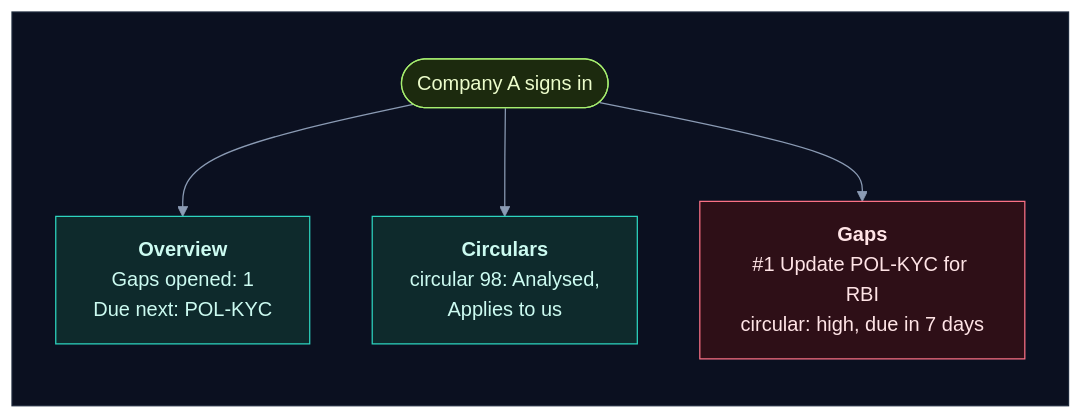
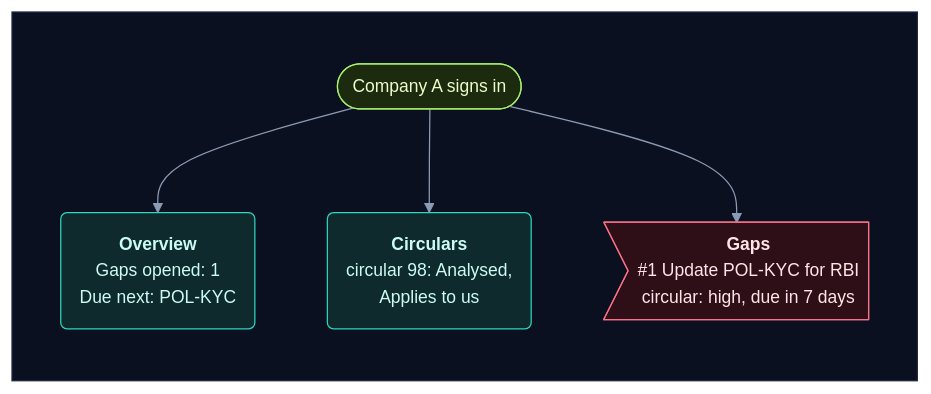
Diagram 15 of 57 in how_it_works.md (selvakumarperumal/Regulatory_Circular_Impact_Agent), drawn with Mermaid before and after one commit. The commit also changed other lines of this file and 5 other files, not shown here.

Commit message:
Give the docs' flowcharts a shape per kind of part, more room and slightly smaller text

````diff
--- a/how_it_works.md
+++ b/how_it_works.md
@@ -784,24 +784,24 @@
 ```mermaid
-%%{init: {"theme": "base", "flowchart": {"diagramPadding": 0}, "themeVariables": {"darkMode": true, "primaryColor": "#16213a", "primaryTextColor": "#e6edf7", "primaryBorderColor": "#475a7a", "lineColor": "#8b9bb4", "secondaryColor": "#1b2436", "tertiaryColor": "#101a2e", "edgeLabelBackground": "#0f172a", "textColor": "#e2e8f0", "clusterBkg": "#0f1728", "clusterBorder": "#2b3a55", "titleColor": "#c4b5fd", "nodeTextColor": "#e6edf7"}}}%%
+%%{init: {"theme": "base", "flowchart": {"diagramPadding": 0, "nodeSpacing": 58, "rankSpacing": 58, "curve": "basis"}, "themeVariables": {"fontSize": "14px", "darkMode": true, "primaryColor": "#16213a", "primaryTextColor": "#e6edf7", "primaryBorderColor": "#475a7a", "lineColor": "#8b9bb4", "secondaryColor": "#1b2436", "tertiaryColor": "#101a2e", "edgeLabelBackground": "#0f172a", "textColor": "#e2e8f0", "clusterBkg": "#0f1728", "clusterBorder": "#2b3a55", "titleColor": "#c4b5fd", "nodeTextColor": "#e6edf7"}}}%%
 flowchart TD
     subgraph canvas[" "]
         direction TB
-        a(["Company A signs in"]) --> o["<b>Overview</b><br/>Gaps opened: 1<br/>Due next: POL-KYC"]
-        a --> c["<b>Circulars</b><br/>circular 98: Analysed,<br/>Applies to us"]
-        a --> g["<b>Gaps</b><br/>#1 Update POL-KYC for RBI<br/>circular: high, due in 7 days"]
+        a(["Company A signs in"]) --> o("<b>Overview</b><br/>Gaps opened: 1<br/>Due next: POL-KYC")
+        a --> c("<b>Circulars</b><br/>circular 98: Analysed,<br/>Applies to us")
+        a --> g>"<b>Gaps</b><br/>#1 Update POL-KYC for RBI<br/>circular: high, due in 7 days"]
     end
     classDef svc fill:#0e2a2c,stroke:#2dd4bf,color:#ccfbf1
     classDef data fill:#1c1a47,stroke:#818cf8,color:#e0e7ff
     classDef ext fill:#2a1640,stroke:#c084fc,color:#f3e8ff
     classDef gpu fill:#2d1b0c,stroke:#fb923c,color:#ffedd5
     classDef ask fill:#2a2410,stroke:#fbbf24,color:#fef3c7
     classDef ok fill:#0b2a1c,stroke:#34d399,color:#d1fae5
     classDef bad fill:#2e0f17,stroke:#fb7185,color:#ffe4e6
     classDef start fill:#1c2a0e,stroke:#a7ef6f,color:#ecfccb
     classDef muted fill:#1a2130,stroke:#64748b,color:#cbd5e1
     classDef queue fill:#0c2231,stroke:#38bdf8,color:#e0f2fe
     class a start
     class o,c svc
     class g bad
     style canvas fill:#0b1020,stroke:#1e293b,color:#0b1020
 ```
````
